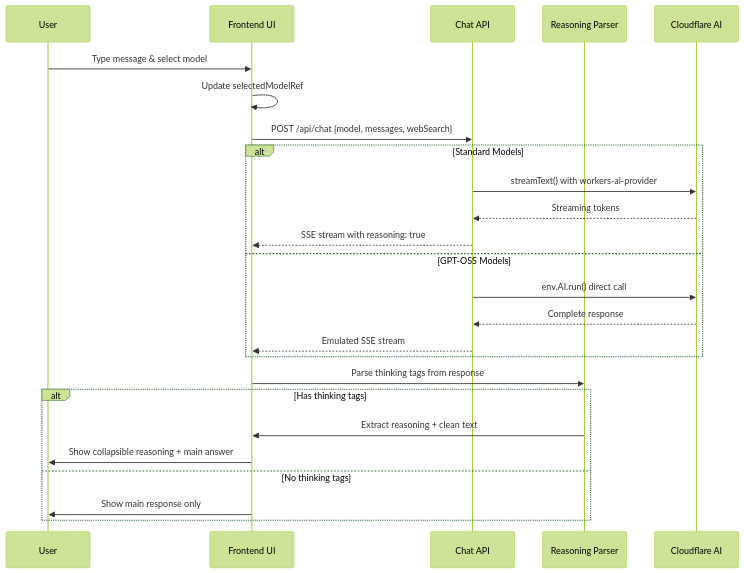
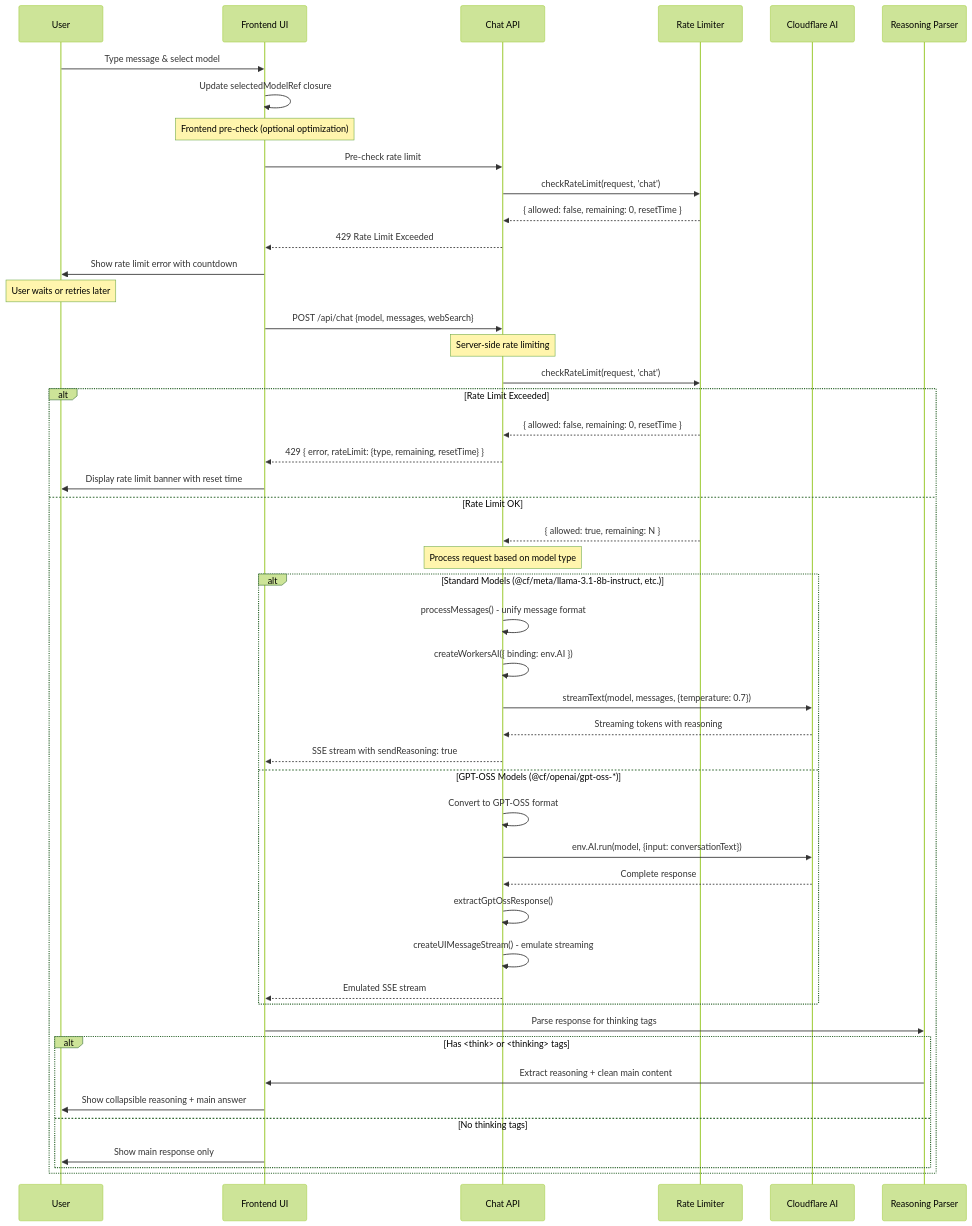
One commit to devhims/opengpt changed the fourth of 18 diagrams in architecture.md. Above: the diagram before and after it, drawn with Mermaid (forest theme). The commit also changed other lines of this file and 16 other files, not shown here.

````diff
--- a/architecture.md
+++ b/architecture.md
@@ -109,30 +184,56 @@
 ```mermaid
 sequenceDiagram
     participant User
     participant UI as Frontend UI
-    participant API as Chat API
+    participant ChatAPI as Chat API
+    participant RateLimit as Rate Limiter
+    participant AI as Cloudflare AI
     participant Parser as Reasoning Parser
-    participant AI as Cloudflare AI
 
     User->>UI: Type message & select model
-    UI->>UI: Update selectedModelRef
-    UI->>API: POST /api/chat {model, messages, webSearch}
+    UI->>UI: Update selectedModelRef closure
 
-    alt Standard Models
-        API->>AI: streamText() with workers-ai-provider
-        AI-->>API: Streaming tokens
-        API-->>UI: SSE stream with reasoning: true
-    else GPT-OSS Models
-        API->>AI: env.AI.run() direct call
-        AI-->>API: Complete response
-        API-->>UI: Emulated SSE stream
-    end
+    Note over UI: Frontend pre-check (optional optimization)
+    UI->>ChatAPI: Pre-check rate limit
+    ChatAPI->>RateLimit: checkRateLimit(request, 'chat')
+    RateLimit-->>ChatAPI: { allowed: false, remaining: 0, resetTime }
+    ChatAPI-->>UI: 429 Rate Limit Exceeded
+    UI->>User: Show rate limit error with countdown
 
-    UI->>Parser: Parse thinking tags from response
-    alt Has thinking tags
-        Parser->>UI: Extract reasoning + clean text
-        UI->>User: Show collapsible reasoning + main answer
-    else No thinking tags
-        UI->>User: Show main response only
+    Note over User: User waits or retries later
+    UI->>ChatAPI: POST /api/chat {model, messages, webSearch}
+
+    Note over ChatAPI: Server-side rate limiting
+    ChatAPI->>RateLimit: checkRateLimit(request, 'chat')
+    alt Rate Limit Exceeded
+        RateLimit-->>ChatAPI: { allowed: false, remaining: 0, resetTime }
+        ChatAPI-->>UI: 429 { error, rateLimit: {type, remaining, resetTime} }
+        UI->>User: Display rate limit banner with reset time
+    else Rate Limit OK
+        RateLimit-->>ChatAPI: { allowed: true, remaining: N }
+
+        Note over ChatAPI: Process request based on model type
+        alt Standard Models (@cf/meta/llama-3.1-8b-instruct, etc.)
+            ChatAPI->>ChatAPI: processMessages() - unify message format
+            ChatAPI->>ChatAPI: createWorkersAI({ binding: env.AI })
+            ChatAPI->>AI: streamText(model, messages, {temperature: 0.7})
+            AI-->>ChatAPI: Streaming tokens with reasoning
+            ChatAPI-->>UI: SSE stream with sendReasoning: true
+        else GPT-OSS Models (@cf/openai/gpt-oss-*)
+            ChatAPI->>ChatAPI: Convert to GPT-OSS format
+            ChatAPI->>AI: env.AI.run(model, {input: conversationText})
+            AI-->>ChatAPI: Complete response
+            ChatAPI->>ChatAPI: extractGptOssResponse()
+            ChatAPI->>ChatAPI: createUIMessageStream() - emulate streaming
+            ChatAPI-->>UI: Emulated SSE stream
+        end
+
+        UI->>Parser: Parse response for thinking tags
+        alt Has <think> or <thinking> tags
+            Parser->>UI: Extract reasoning + clean main content
+            UI->>User: Show collapsible reasoning + main answer
+        else No thinking tags
+            UI->>User: Show main response only
+        end
     end
 ```
````
